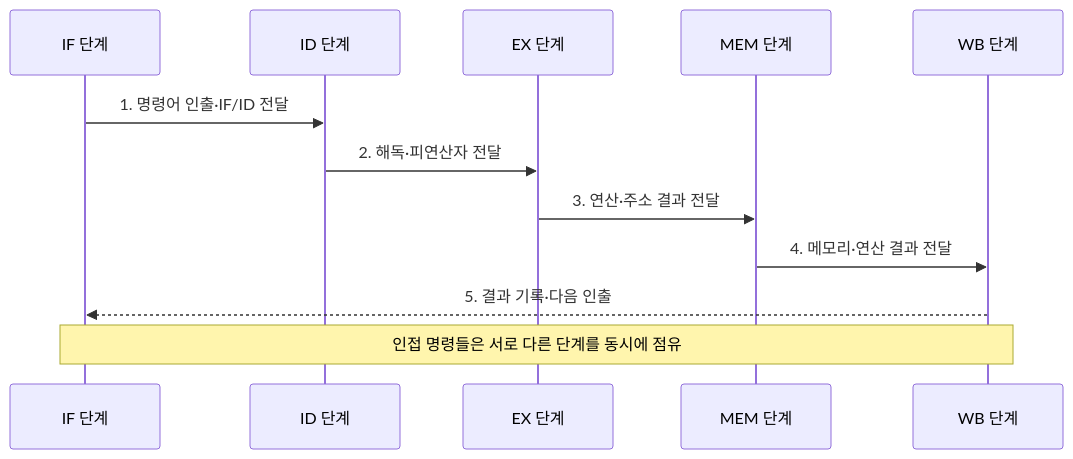
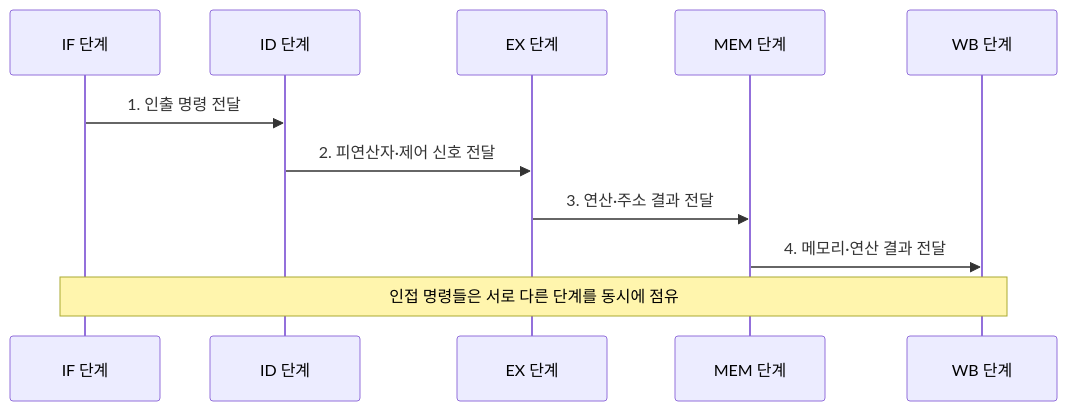
Before and after one commit to agnusdei1207/knowledge-base: the second of 2 diagrams in src/content/docs/notes/02-hardware/006_pipelining.md, drawn with Mermaid. The commit also changed other lines of this file and 20 other files, not shown here.

````diff
--- a/src/content/docs/notes/02-hardware/006_pipelining.md
+++ b/src/content/docs/notes/02-hardware/006_pipelining.md
@@ -91,14 +88,13 @@
 ```mermaid
 sequenceDiagram
     participant F as IF 단계
     participant D as ID 단계
     participant E as EX 단계
     participant M as MEM 단계
     participant W as WB 단계
-    F->>D: 1. 명령어 인출·IF/ID 전달
-    D->>E: 2. 해독·피연산자 전달
+    F->>D: 1. 인출 명령 전달
+    D->>E: 2. 피연산자·제어 신호 전달
     E->>M: 3. 연산·주소 결과 전달
     M->>W: 4. 메모리·연산 결과 전달
-    W-->>F: 5. 결과 기록·다음 인출
     Note over F,W: 인접 명령들은 서로 다른 단계를 동시에 점유
 ```
````
